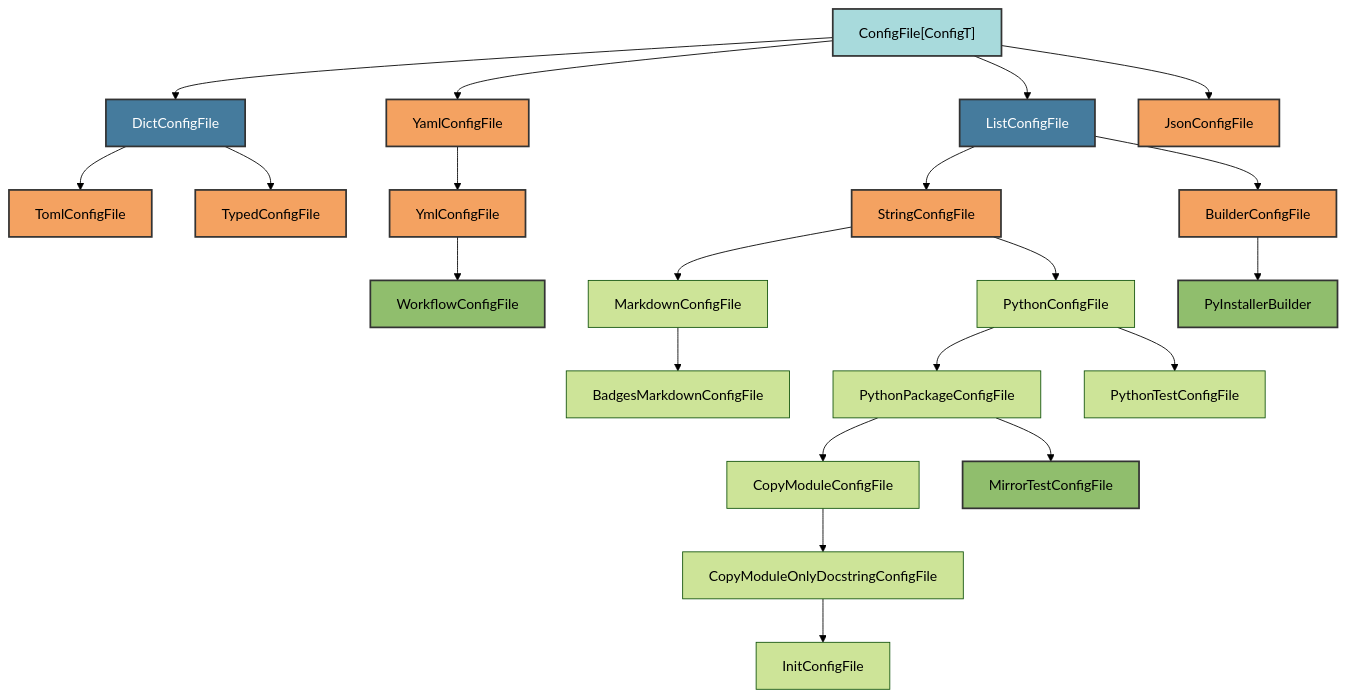
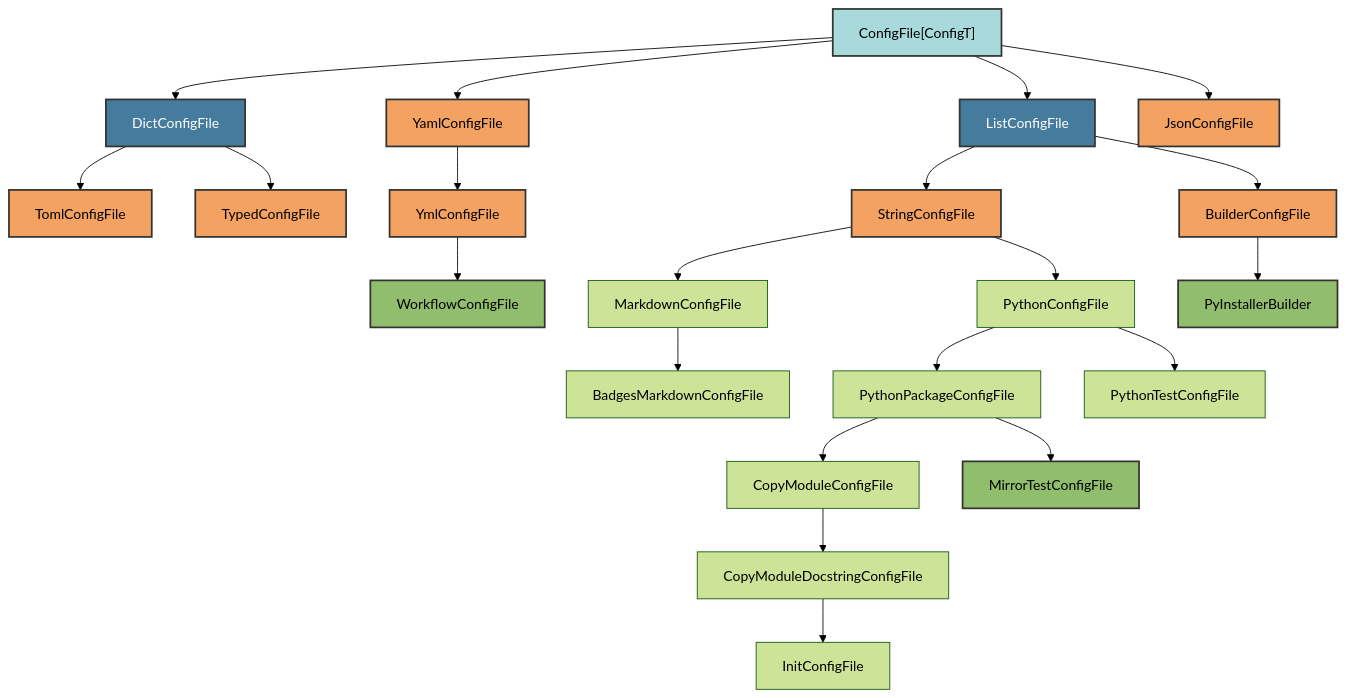
One commit to Winipedia/pyrig changed the first of 3 diagrams in docs/configs/architecture.md. Above: the diagram before and after it, drawn with Mermaid (forest theme). The commit also changed other lines of this file and 15 other files, not shown here.

````diff
--- a/docs/configs/architecture.md
+++ b/docs/configs/architecture.md
@@ -18,45 +18,45 @@
 ```mermaid
 graph TD
     A["ConfigFile[ConfigT]"] --> H[DictConfigFile]
     A --> I[ListConfigFile]
     A --> B[YamlConfigFile]
     A --> F[JsonConfigFile]
 
     H --> C[TomlConfigFile]
     H --> E[TypedConfigFile]
 
     I --> D[StringConfigFile]
     I --> G[BuilderConfigFile]
 
     B --> B1[YmlConfigFile]
     B1 --> B2[WorkflowConfigFile]
 
     D --> D1[MarkdownConfigFile]
     D --> D2[PythonConfigFile]
 
     D1 --> D1A[BadgesMarkdownConfigFile]
 
     D2 --> D2A[PythonPackageConfigFile]
     D2 --> D2B[PythonTestConfigFile]
 
     D2A --> D2A1[CopyModuleConfigFile]
     D2A --> D2A2[MirrorTestConfigFile]
-    D2A1 --> D2A1A[CopyModuleOnlyDocstringConfigFile]
+    D2A1 --> D2A1A[CopyModuleDocstringConfigFile]
     D2A1A --> D2A1A1[InitConfigFile]
 
     G --> G1[PyInstallerBuilder]
 
     style A fill:#a8dadc,stroke:#333,stroke-width:2px,color:#000
     style H fill:#457b9d,stroke:#333,stroke-width:2px,color:#fff
     style I fill:#457b9d,stroke:#333,stroke-width:2px,color:#fff
     style B fill:#f4a261,stroke:#333,stroke-width:2px,color:#000
     style C fill:#f4a261,stroke:#333,stroke-width:2px,color:#000
     style D fill:#f4a261,stroke:#333,stroke-width:2px,color:#000
     style E fill:#f4a261,stroke:#333,stroke-width:2px,color:#000
     style F fill:#f4a261,stroke:#333,stroke-width:2px,color:#000
     style G fill:#f4a261,stroke:#333,stroke-width:2px,color:#000
     style B1 fill:#f4a261,stroke:#333,stroke-width:2px,color:#000
     style B2 fill:#90be6d,stroke:#333,stroke-width:2px,color:#000
     style D2A2 fill:#90be6d,stroke:#333,stroke-width:2px,color:#000
     style G1 fill:#90be6d,stroke:#333,stroke-width:2px,color:#000
 ```
````
